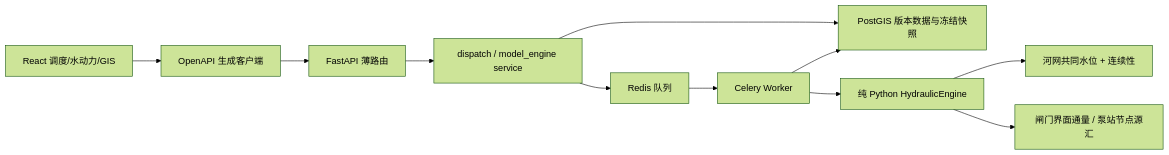
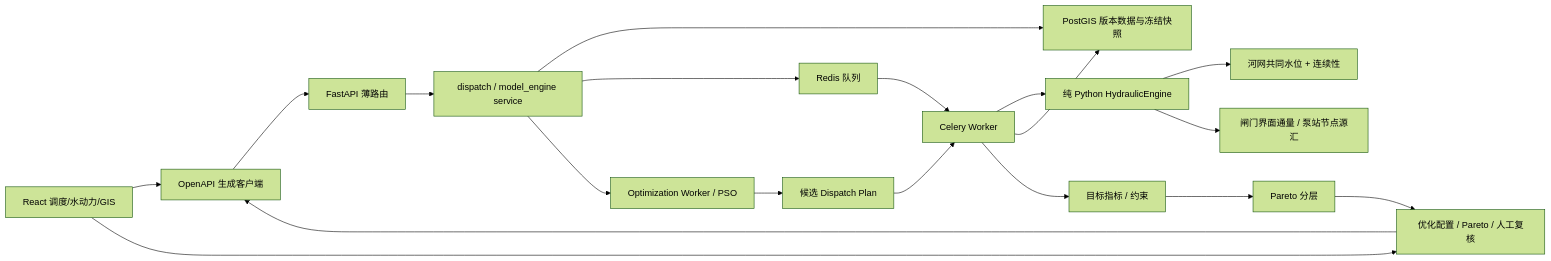
Before and after one commit to zj1310426307-stack/dayu-tiangong: the diagram in docs/architecture.md, drawn with Mermaid (forest theme). The commit also changed other lines of this file and 40 other files, not shown here.

````diff
--- a/docs/architecture.md
+++ b/docs/architecture.md
@@ -5,13 +5,21 @@
 ```mermaid
 flowchart LR
   UI["React 调度/水动力/GIS"] --> C["OpenAPI 生成客户端"]
   C --> R["FastAPI 薄路由"]
   R --> S["dispatch / model_engine service"]
   S --> P["PostGIS 版本数据与冻结快照"]
   S --> Q["Redis 队列"]
   Q --> W["Celery Worker"]
   W --> E["纯 Python HydraulicEngine"]
   E --> N["河网共同水位 + 连续性"]
   E --> GP["闸门界面通量 / 泵站节点源汇"]
   W --> P
+  UI --> O["优化配置 / Pareto / 人工复核"]
+  O --> C
+  S --> OW["Optimization Worker / PSO"]
+  OW --> T["候选 Dispatch Plan"]
+  T --> W
+  W --> M["目标指标 / 约束"]
+  M --> PF["Pareto 分层"]
+  PF --> O
 ```
````
